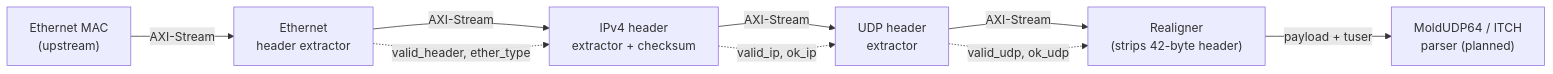
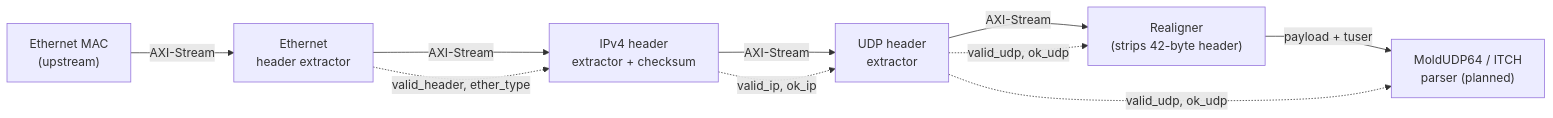
Before and after one commit to nt512dow/fpga-market-data-pipeline: the diagram in README.md, drawn with Mermaid. The commit also changed other lines of this file and 7 other files, not shown here.

Commit message:
implemented, tested, and synthesized MOLD64UDP and NASDAQ ITCH parser. Tested and synthesized the whole pipeline. It is slow, so some optimization is needed.

````diff
--- a/README.md
+++ b/README.md
@@ -10,12 +10,13 @@
 ```mermaid
 flowchart LR
     MAC["Ethernet MAC<br/>(upstream)"] -->|AXI-Stream| ETH["Ethernet<br/>header extractor"]
     ETH -->|AXI-Stream| IP["IPv4 header<br/>extractor + checksum"]
     IP -->|AXI-Stream| UDP["UDP header<br/>extractor"]
     UDP -->|AXI-Stream| RE["Realigner<br/>(strips 42-byte header)"]
     RE -->|"payload + tuser"| ITCH["MoldUDP64 / ITCH<br/>parser (planned)"]
 
     ETH -. "valid_header, ether_type" .-> IP
     IP -. "valid_ip, ok_ip" .-> UDP
     UDP -. "valid_udp, ok_udp" .-> RE
+    UDP -. "valid_udp, ok_udp" .-> ITCH
 ```
````
